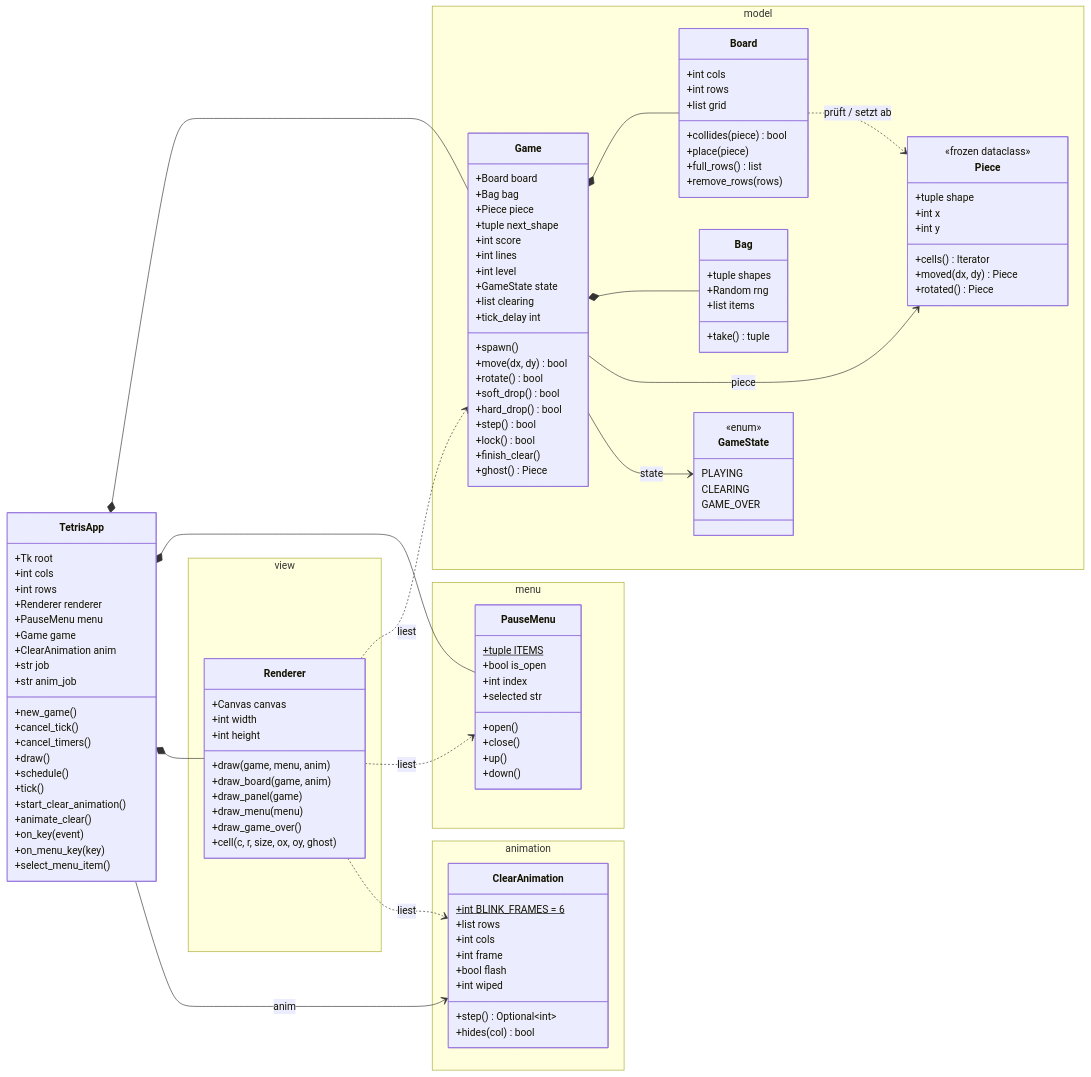
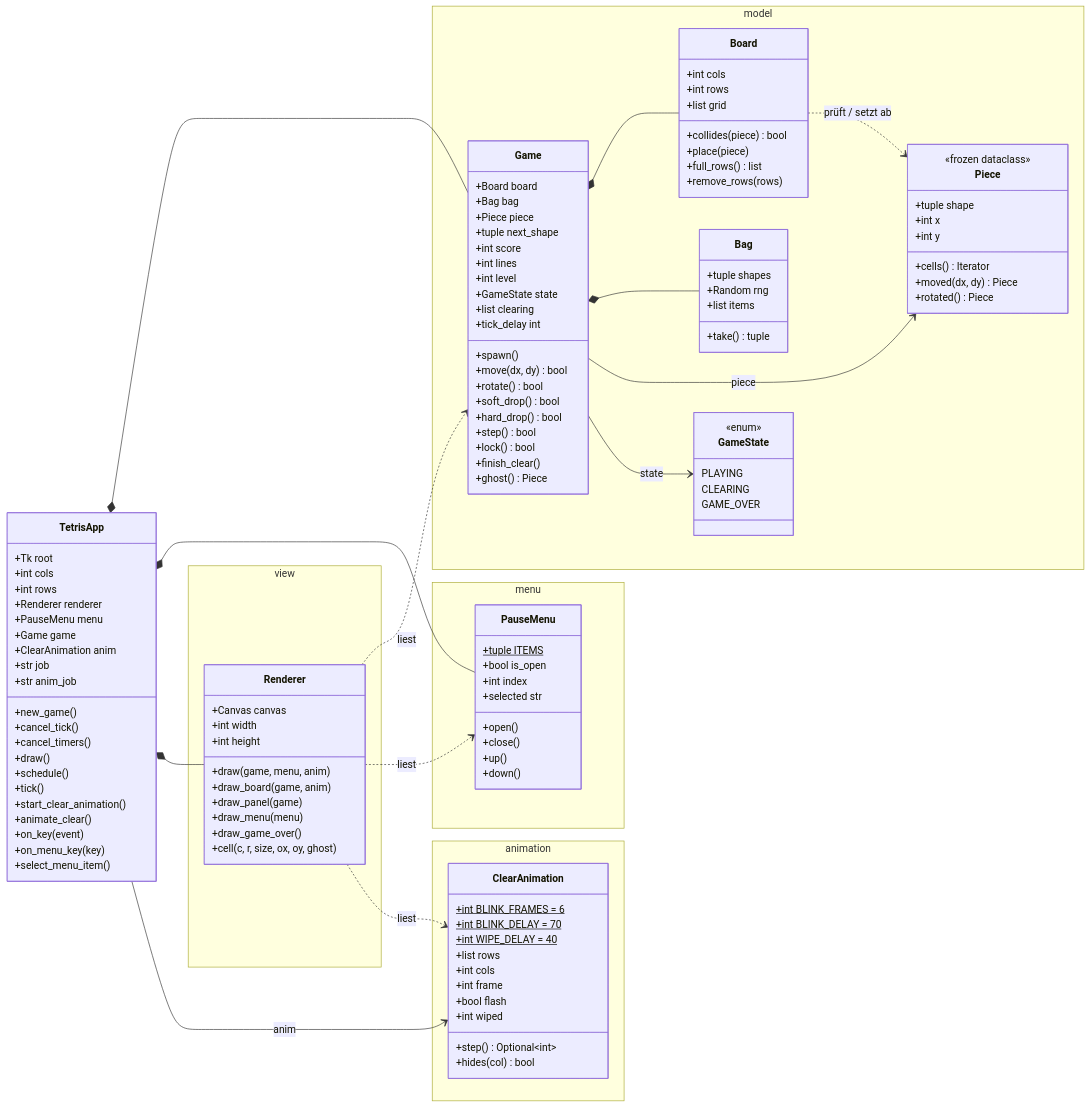
Before and after one commit to Krysek/Quickstart-mit-Claude: the second of 7 diagrams in docs/Diagramme.md, drawn with Mermaid. The commit also changed other lines of this file and 11 other files, not shown here.

```diff
--- a/docs/Diagramme.md
+++ b/docs/Diagramme.md
@@ -111,6 +113,8 @@
     namespace animation {
         class ClearAnimation {
             +int BLINK_FRAMES = 6$
+            +int BLINK_DELAY = 70$
+            +int WIPE_DELAY = 40$
             +list rows
             +int cols
             +int frame
```
